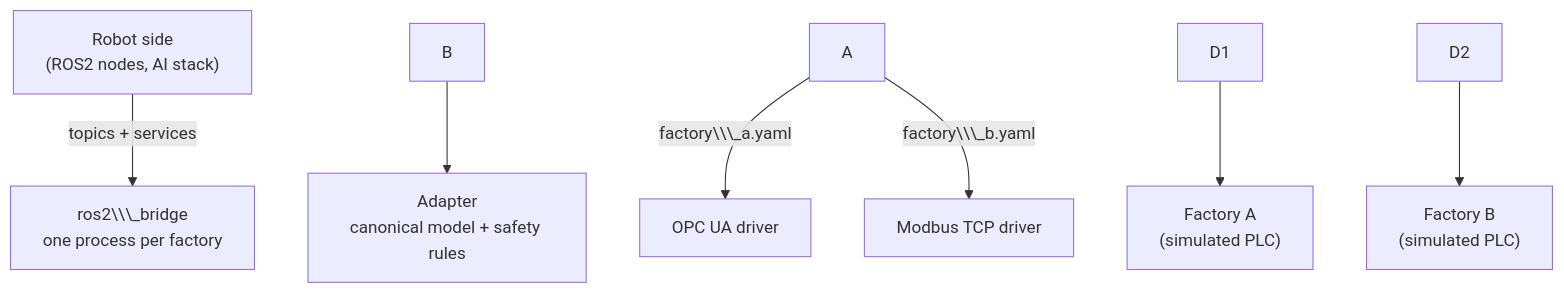
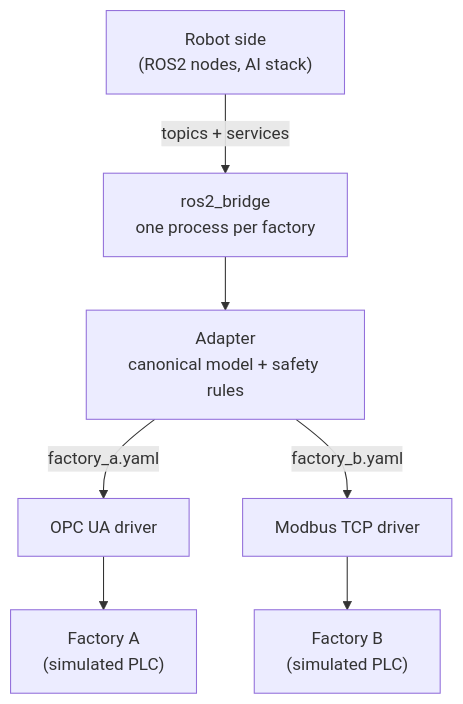
One commit to diogofsdias/robot-factory-bridge changed the diagram in README.md. Above: the diagram before and after it, drawn with Mermaid. The commit also changed other lines of this file, not shown here.

Commit message:
Fix README diagram

````diff
--- a/README.md
+++ b/README.md
@@ -11,9 +11,9 @@
 ```mermaid
 flowchart TB
-    R\\\["Robot side<br/>(ROS2 nodes, AI stack)"] -->|"topics + services"| B\\\["ros2\\\_bridge<br/>one process per factory"]
-    B --> A\\\["Adapter<br/>canonical model + safety rules"]
-    A -->|"factory\\\_a.yaml"| D1\\\["OPC UA driver"]
-    A -->|"factory\\\_b.yaml"| D2\\\["Modbus TCP driver"]
-    D1 --> F1\\\["Factory A<br/>(simulated PLC)"]
-    D2 --> F2\\\["Factory B<br/>(simulated PLC)"]
+    R["Robot side<br/>(ROS2 nodes, AI stack)"] -->|"topics + services"| B["ros2_bridge<br/>one process per factory"]
+    B --> A["Adapter<br/>canonical model + safety rules"]
+    A -->|"factory_a.yaml"| D1["OPC UA driver"]
+    A -->|"factory_b.yaml"| D2["Modbus TCP driver"]
+    D1 --> F1["Factory A<br/>(simulated PLC)"]
+    D2 --> F2["Factory B<br/>(simulated PLC)"]
 ```
````
